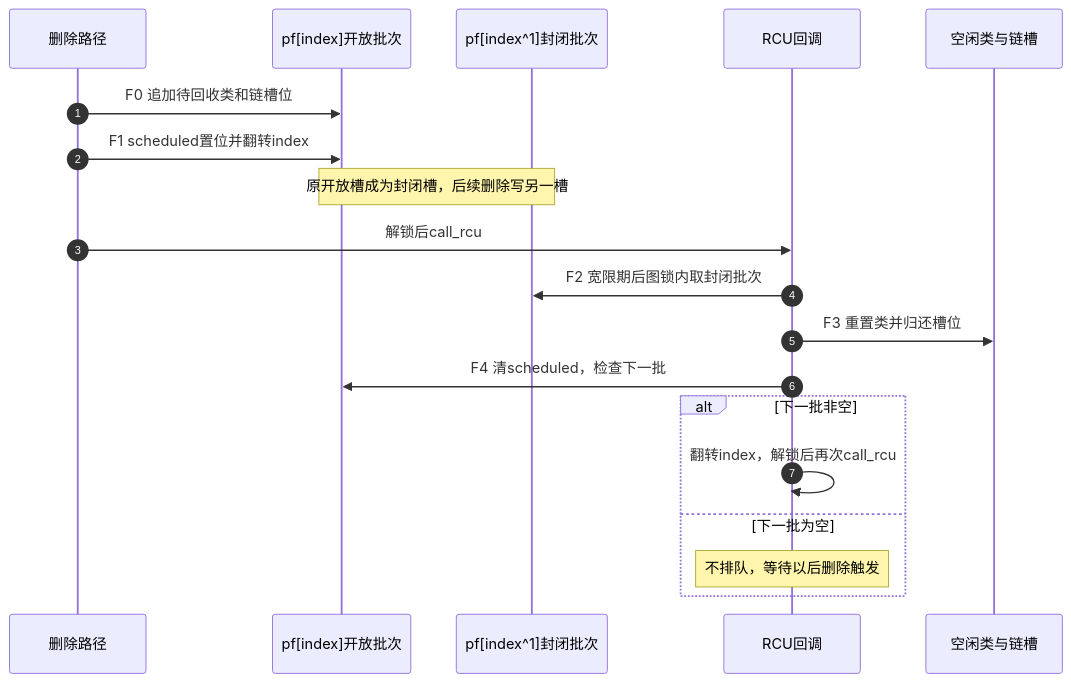
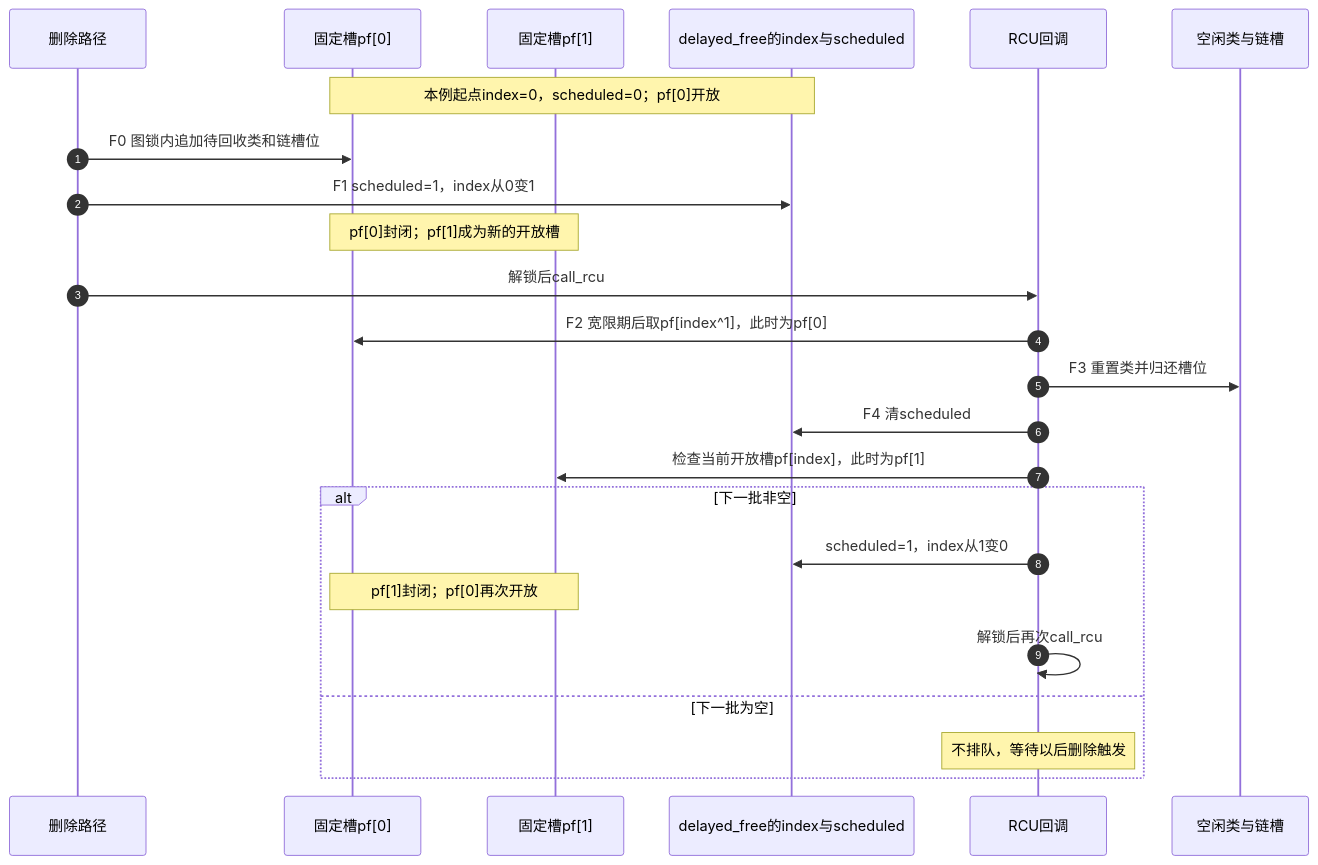
One commit to FormingSystem/linux_note changed the third of 3 diagrams in research/source_reading/lockdep/source_explanations/kernel/locking/lockdep.c.md. Above: the diagram before and after it, drawn with Mermaid. The commit also changed other lines of this file and 10 other files, not shown here.

````diff
--- a/research/source_reading/lockdep/source_explanations/kernel/locking/lockdep.c.md
+++ b/research/source_reading/lockdep/source_explanations/kernel/locking/lockdep.c.md
@@ -827,21 +831,26 @@
 ```mermaid
 sequenceDiagram
     autonumber
     participant D as 删除路径
-    participant A as pf[index]开放批次
-    participant B as pf[index^1]封闭批次
+    participant A as 固定槽pf[0]
+    participant B as 固定槽pf[1]
+    participant S as delayed_free的index与scheduled
     participant R as RCU回调
     participant F as 空闲类与链槽
-    D->>A: F0 追加待回收类和链槽位
-    D->>A: F1 scheduled置位并翻转index
-    Note over A,B: 原开放槽成为封闭槽，后续删除写另一槽
+    Note over A,S: 本例起点index=0，scheduled=0；pf[0]开放
+    D->>A: F0 图锁内追加待回收类和链槽位
+    D->>S: F1 scheduled=1，index从0变1
+    Note over A,B: pf[0]封闭；pf[1]成为新的开放槽
     D->>R: 解锁后call_rcu
-    R->>B: F2 宽限期后图锁内取封闭批次
+    R->>A: F2 宽限期后取pf[index^1]，此时为pf[0]
     R->>F: F3 重置类并归还槽位
-    R->>A: F4 清scheduled，检查下一批
+    R->>S: F4 清scheduled
+    R->>B: 检查当前开放槽pf[index]，此时为pf[1]
     alt 下一批非空
-        R->>R: 翻转index，解锁后再次call_rcu
+        R->>S: scheduled=1，index从1变0
+        Note over A,B: pf[1]封闭；pf[0]再次开放
+        R->>R: 解锁后再次call_rcu
     else 下一批为空
         Note over R: 不排队，等待以后删除触发
     end
 ```
````
